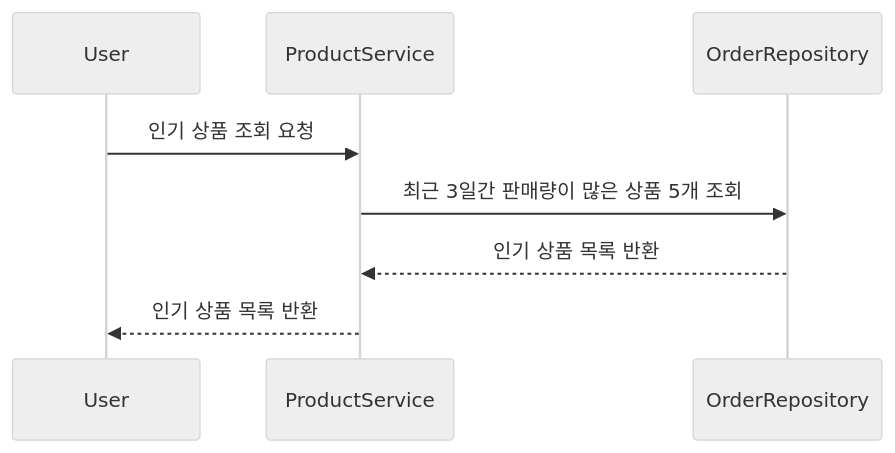
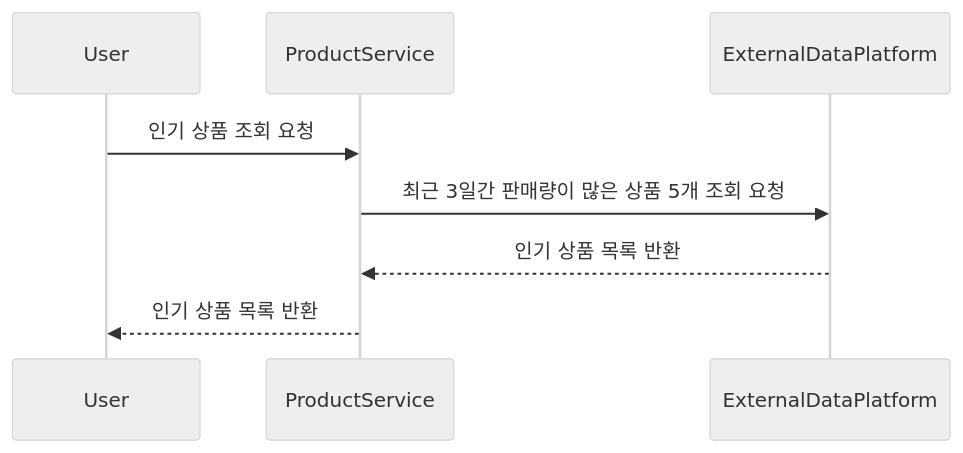
One commit to takoyummy/commerce changed the fifth of 5 diagrams in README.md. Above: the diagram before and after it, drawn with Mermaid (neutral theme).

Commit message:
docs: dataPlatform 관련한 로직 수정

````diff
--- a/README.md
+++ b/README.md
@@ -163,12 +163,11 @@
 ```mermaid
 sequenceDiagram
     participant User
     participant ProductService
-    participant OrderRepository
-
+    participant ExternalDataPlatform
 
     User ->> ProductService: 인기 상품 조회 요청
-    ProductService ->> OrderRepository: 최근 3일간 판매량이 많은 상품 5개 조회
-    OrderRepository -->> ProductService: 인기 상품 목록 반환
+    ProductService ->> ExternalDataPlatform: 최근 3일간 판매량이 많은 상품 5개 조회 요청
+    ExternalDataPlatform -->> ProductService: 인기 상품 목록 반환
     ProductService -->> User: 인기 상품 목록 반환
 ```
````
